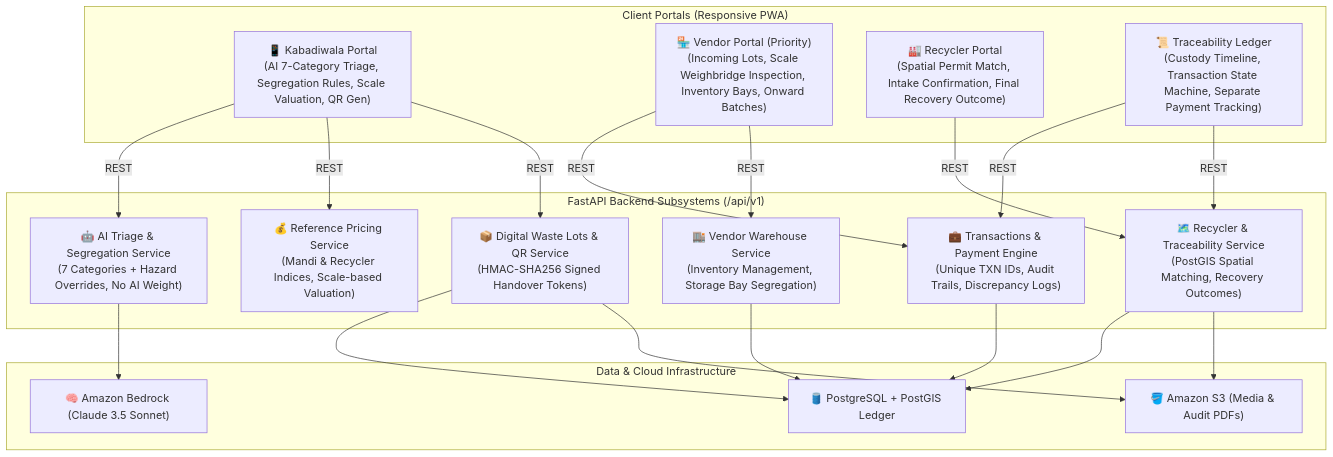
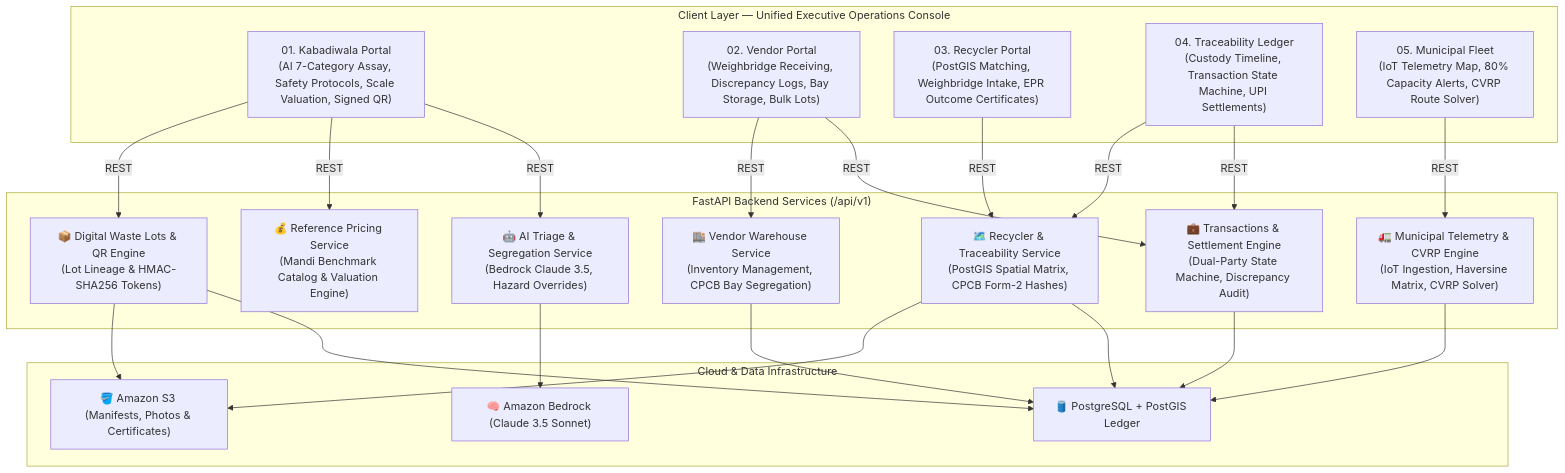
Before and after one commit to ravishkansal22/Scrape-saathi: the first of 2 diagrams in README.md, drawn with Mermaid. The commit also changed other lines of this file and 2 other files, not shown here.

````diff
--- a/README.md
+++ b/README.md
@@ -16,33 +56,36 @@
 ```mermaid
 graph TB
-    subgraph Portals ["Client Portals (Responsive PWA)"]
-        P1["📱 Kabadiwala Portal<br/>(AI 7-Category Triage, Segregation Rules, Scale Valuation, QR Gen)"]
-        P2["🏪 Vendor Portal (Priority)<br/>(Incoming Lots, Scale Weighbridge Inspection, Inventory Bays, Onward Batches)"]
-        P3["🏭 Recycler Portal<br/>(Spatial Permit Match, Intake Confirmation, Final Recovery Outcome)"]
-        P4["📜 Traceability Ledger<br/>(Custody Timeline, Transaction State Machine, Separate Payment Tracking)"]
+    subgraph Clients ["Client Layer — Unified Executive Operations Console"]
+        P1["01. Kabadiwala Portal<br/>(AI 7-Category Assay, Safety Protocols, Scale Valuation, Signed QR)"]
+        P2["02. Vendor Portal<br/>(Weighbridge Receiving, Discrepancy Logs, Bay Storage, Bulk Lots)"]
+        P3["03. Recycler Portal<br/>(PostGIS Matching, Weighbridge Intake, EPR Outcome Certificates)"]
+        P4["04. Traceability Ledger<br/>(Custody Timeline, Transaction State Machine, UPI Settlements)"]
+        P5["05. Municipal Fleet<br/>(IoT Telemetry Map, 80% Capacity Alerts, CVRP Route Solver)"]
     end
 
-    subgraph Backend ["FastAPI Backend Subsystems (/api/v1)"]
-        S1["🤖 AI Triage & Segregation Service<br/>(7 Categories + Hazard Overrides, No AI Weight)"]
-        S2["💰 Reference Pricing Service<br/>(Mandi & Recycler Indices, Scale-based Valuation)"]
-        S3["📦 Digital Waste Lots & QR Service<br/>(HMAC-SHA256 Signed Handover Tokens)"]
-        S4["💼 Transactions & Payment Engine<br/>(Unique TXN IDs, Audit Trails, Discrepancy Logs)"]
-        S5["🏬 Vendor Warehouse Service<br/>(Inventory Management, Storage Bay Segregation)"]
-        S6["🗺️ Recycler & Traceability Service<br/>(PostGIS Spatial Matching, Recovery Outcomes)"]
+    subgraph Backend ["FastAPI Backend Services (/api/v1)"]
+        S1["🤖 AI Triage & Segregation Service<br/>(Bedrock Claude 3.5, Hazard Overrides)"]
+        S2["💰 Reference Pricing Service<br/>(Mandi Benchmark Catalog & Valuation Engine)"]
+        S3["📦 Digital Waste Lots & QR Engine<br/>(Lot Lineage & HMAC-SHA256 Tokens)"]
+        S4["💼 Transactions & Settlement Engine<br/>(Dual-Party State Machine, Discrepancy Audit)"]
+        S5["🏬 Vendor Warehouse Service<br/>(Inventory Management, CPCB Bay Segregation)"]
+        S6["🗺️ Recycler & Traceability Service<br/>(PostGIS Spatial Matrix, CPCB Form-2 Hashes)"]
+        S7["🚛 Municipal Telemetry & CVRP Engine<br/>(IoT Ingestion, Haversine Matrix, CVRP Solver)"]
     end
 
-    subgraph Infrastructure ["Data & Cloud Infrastructure"]
+    subgraph Infrastructure ["Cloud & Data Infrastructure"]
         DB["🛢️ PostgreSQL + PostGIS Ledger"]
         AI["🧠 Amazon Bedrock (Claude 3.5 Sonnet)"]
-        S3Storage["🪣 Amazon S3 (Media & Audit PDFs)"]
+        S3Storage["🪣 Amazon S3 (Manifests, Photos & Certificates)"]
     end
 
     P1 -->|REST| S1 & S2 & S3
     P2 -->|REST| S4 & S5
     P3 -->|REST| S6
     P4 -->|REST| S4 & S6
+    P5 -->|REST| S7
 
     S1 --> AI
-    S3 & S4 & S5 & S6 --> DB
+    S3 & S4 & S5 & S6 & S7 --> DB
     S3 & S6 --> S3Storage
 ```
````
